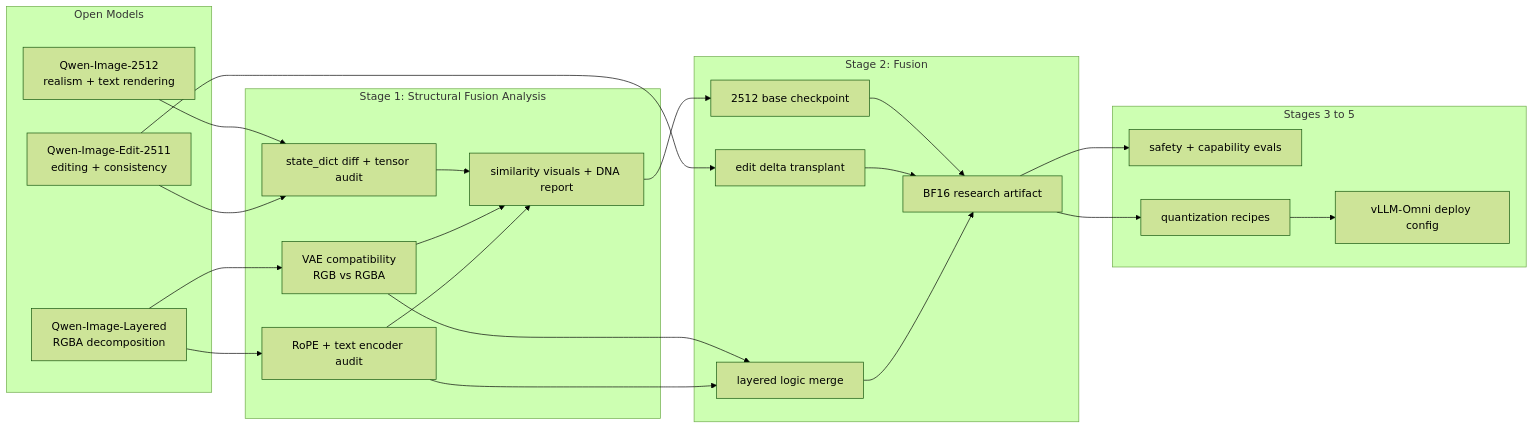
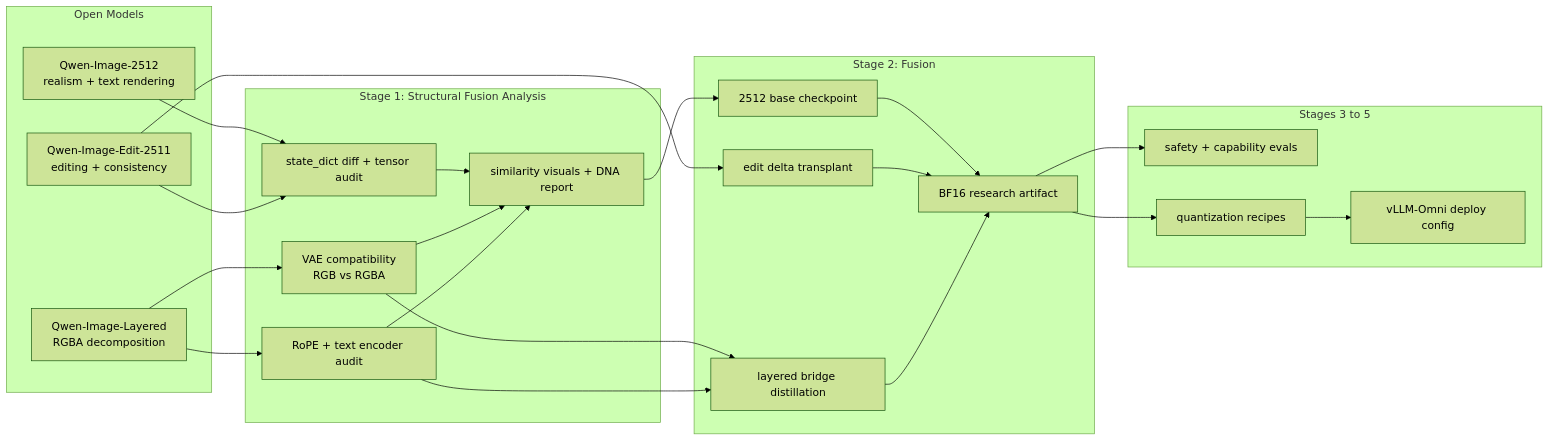
Before and after one commit to ziangziangziang/qwen-image-1.9: the diagram in README.md, drawn with Mermaid (forest theme). The commit also changed other lines of this file and 14 other files, not shown here.

````diff
--- a/README.md
+++ b/README.md
@@ -28,46 +28,46 @@
 ```mermaid
 flowchart LR
     subgraph Sources["Open Models"]
         B["Qwen-Image-2512\nrealism + text rendering"]
         E["Qwen-Image-Edit-2511\nediting + consistency"]
         L["Qwen-Image-Layered\nRGBA decomposition"]
     end
 
     subgraph S1["Stage 1: Structural Fusion Analysis"]
         C["state_dict diff + tensor audit"]
         V["VAE compatibility\nRGB vs RGBA"]
         R["RoPE + text encoder audit"]
         Z["similarity visuals + DNA report"]
     end
 
     subgraph S2["Stage 2: Fusion"]
         M["2512 base checkpoint"]
         D["edit delta transplant"]
-        T["layered logic merge"]
+        T["layered bridge distillation"]
         F16["BF16 research artifact"]
     end
 
     subgraph S3S5["Stages 3 to 5"]
         EV["safety + capability evals"]
         Q["quantization recipes"]
         DEP["vLLM-Omni deploy config"]
     end
 
     B --> C
     E --> C
     L --> V
     L --> R
     C --> Z
     V --> Z
     R --> Z
     Z --> M
     E --> D
     V --> T
     R --> T
     M --> F16
     D --> F16
     T --> F16
     F16 --> EV
     F16 --> Q
     Q --> DEP
 ```
````
